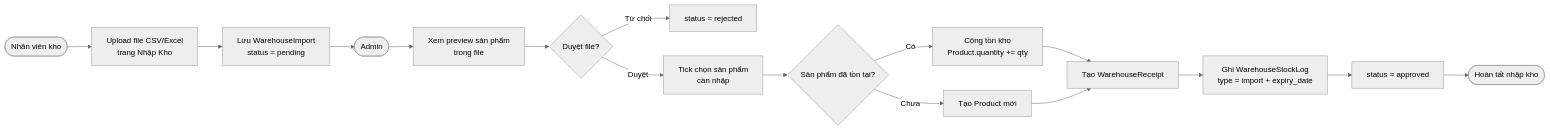
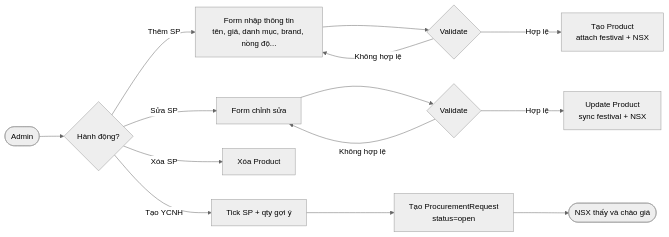
One commit to thien258/luanvantotnghiep changed diagram 14 of 20 in app/Http/doc/diagrams.md. Above: the diagram before and after it, drawn with Mermaid (neutral theme). The commit also changed other lines of this file and 59 other files, not shown here.

````diff
--- a/app/Http/doc/diagrams.md
+++ b/app/Http/doc/diagrams.md
@@ -481,17 +504,16 @@
 ```mermaid
 flowchart LR
-    A([Nhân viên kho]) --> B[Upload file CSV/Excel\ntrang Nhập Kho]
-    B --> C[Lưu WarehouseImport\nstatus = pending]
-    C --> D([Admin])
-    D --> E[Xem preview sản phẩm\ntrong file]
-    E --> F{Duyệt file?}
-    F -->|Từ chối| G[status = rejected]
-    F -->|Duyệt| H[Tick chọn sản phẩm\ncần nhập]
-    H --> I{Sản phẩm đã tồn tại?}
-    I -->|Có| J[Cộng tồn kho\nProduct.quantity += qty]
-    I -->|Chưa| K[Tạo Product mới]
-    J & K --> L[Tạo WarehouseReceipt]
-    L --> M[Ghi WarehouseStockLog\ntype = import + expiry_date]
-    M --> N[status = approved]
-    N --> O([Hoàn tất nhập kho])
+    A([Admin]) --> B{Hành động?}
+    B -->|Thêm SP| C[Form nhập thông tin\ntên, giá, danh mục, brand, nồng độ...]
+    C --> D{Validate}
+    D -->|Không hợp lệ| C
+    D -->|Hợp lệ| E[Tạo Product\nattach festival + NSX]
+    B -->|Sửa SP| F[Form chỉnh sửa]
+    F --> G{Validate}
+    G -->|Không hợp lệ| F
+    G -->|Hợp lệ| H[Update Product\nsync festival + NSX]
+    B -->|Xóa SP| I[Xóa Product]
+    B -->|Tạo YCNH| J[Tick SP + qty gợi ý]
+    J --> K[Tạo ProcurementRequest\nstatus=open]
+    K --> L([NSX thấy và chào giá])
 ```
````
